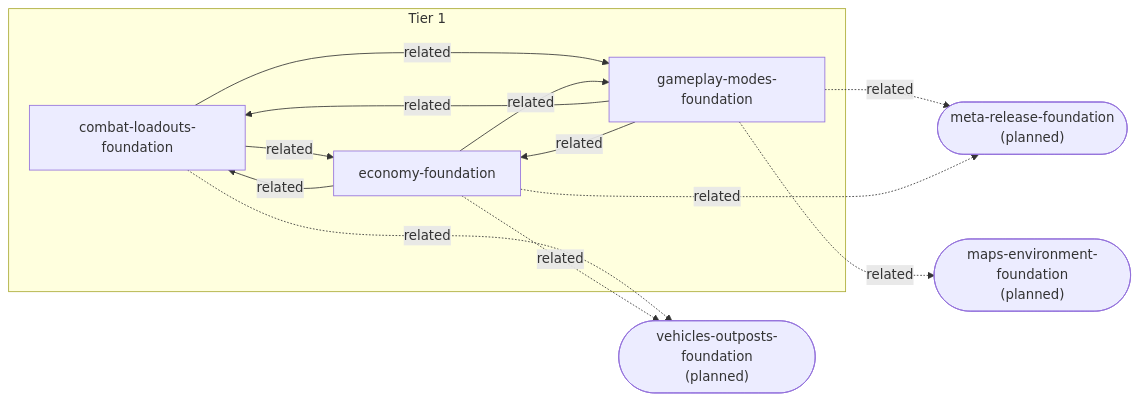
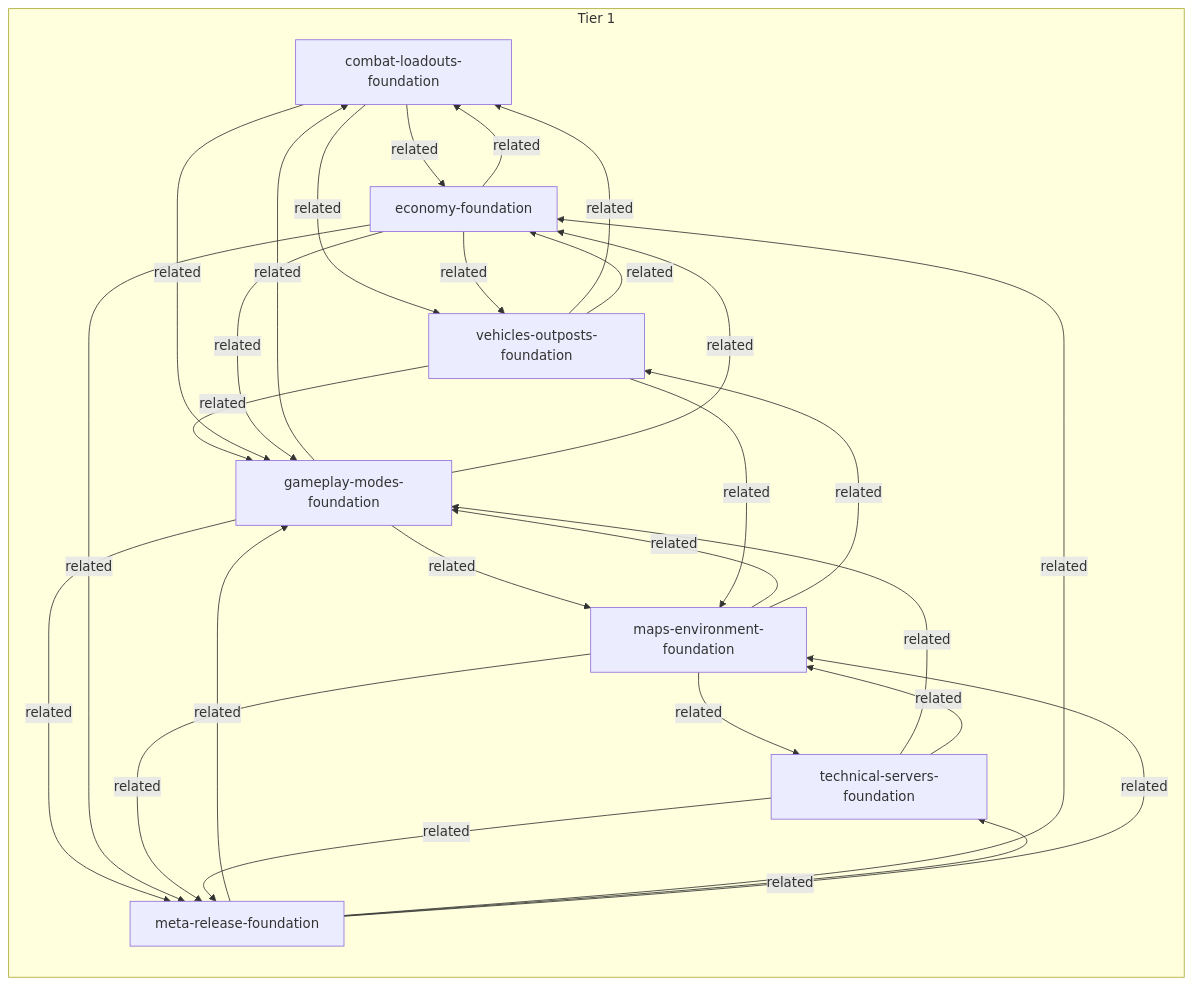
The diagram in exports/knowledge-graph.mmd (VainAsher/wardogs-game-knowledge-base), drawn with Mermaid before and after one commit. The commit also changed 18 other files, not shown here.

Commit message:
Cluster B v1.0.0: vehicles-outposts, maps-environment, technical-servers, meta-release foundations

```diff
--- a/exports/knowledge-graph.mmd
+++ b/exports/knowledge-graph.mmd
@@ -1,20 +1,36 @@
 graph LR
   subgraph Tier1["Tier 1"]
     combat_loadouts_foundation["combat-loadouts-foundation"]
     economy_foundation["economy-foundation"]
     gameplay_modes_foundation["gameplay-modes-foundation"]
+    maps_environment_foundation["maps-environment-foundation"]
+    meta_release_foundation["meta-release-foundation"]
+    technical_servers_foundation["technical-servers-foundation"]
+    vehicles_outposts_foundation["vehicles-outposts-foundation"]
   end
   gameplay_modes_foundation -->|related| combat_loadouts_foundation
   gameplay_modes_foundation -->|related| economy_foundation
   combat_loadouts_foundation -->|related| economy_foundation
-  maps_environment_foundation(["maps-environment-foundation<br/>(planned)"])
-  gameplay_modes_foundation -.->|related| maps_environment_foundation
-  meta_release_foundation(["meta-release-foundation<br/>(planned)"])
-  gameplay_modes_foundation -.->|related| meta_release_foundation
-  vehicles_outposts_foundation(["vehicles-outposts-foundation<br/>(planned)"])
-  combat_loadouts_foundation -.->|related| vehicles_outposts_foundation
-  economy_foundation -.->|related| vehicles_outposts_foundation
-  economy_foundation -.->|related| meta_release_foundation
+  gameplay_modes_foundation -->|related| maps_environment_foundation
+  gameplay_modes_foundation -->|related| meta_release_foundation
+  combat_loadouts_foundation -->|related| vehicles_outposts_foundation
+  economy_foundation -->|related| vehicles_outposts_foundation
+  economy_foundation -->|related| meta_release_foundation
+  vehicles_outposts_foundation -->|related| gameplay_modes_foundation
+  vehicles_outposts_foundation -->|related| combat_loadouts_foundation
+  vehicles_outposts_foundation -->|related| economy_foundation
+  vehicles_outposts_foundation -->|related| maps_environment_foundation
+  maps_environment_foundation -->|related| gameplay_modes_foundation
+  maps_environment_foundation -->|related| vehicles_outposts_foundation
+  maps_environment_foundation -->|related| technical_servers_foundation
+  maps_environment_foundation -->|related| meta_release_foundation
+  technical_servers_foundation -->|related| gameplay_modes_foundation
+  technical_servers_foundation -->|related| maps_environment_foundation
+  technical_servers_foundation -->|related| meta_release_foundation
+  meta_release_foundation -->|related| gameplay_modes_foundation
+  meta_release_foundation -->|related| economy_foundation
+  meta_release_foundation -->|related| technical_servers_foundation
+  meta_release_foundation -->|related| maps_environment_foundation
   combat_loadouts_foundation -->|related| gameplay_modes_foundation
   economy_foundation -->|related| gameplay_modes_foundation
   economy_foundation -->|related| combat_loadouts_foundation
```
